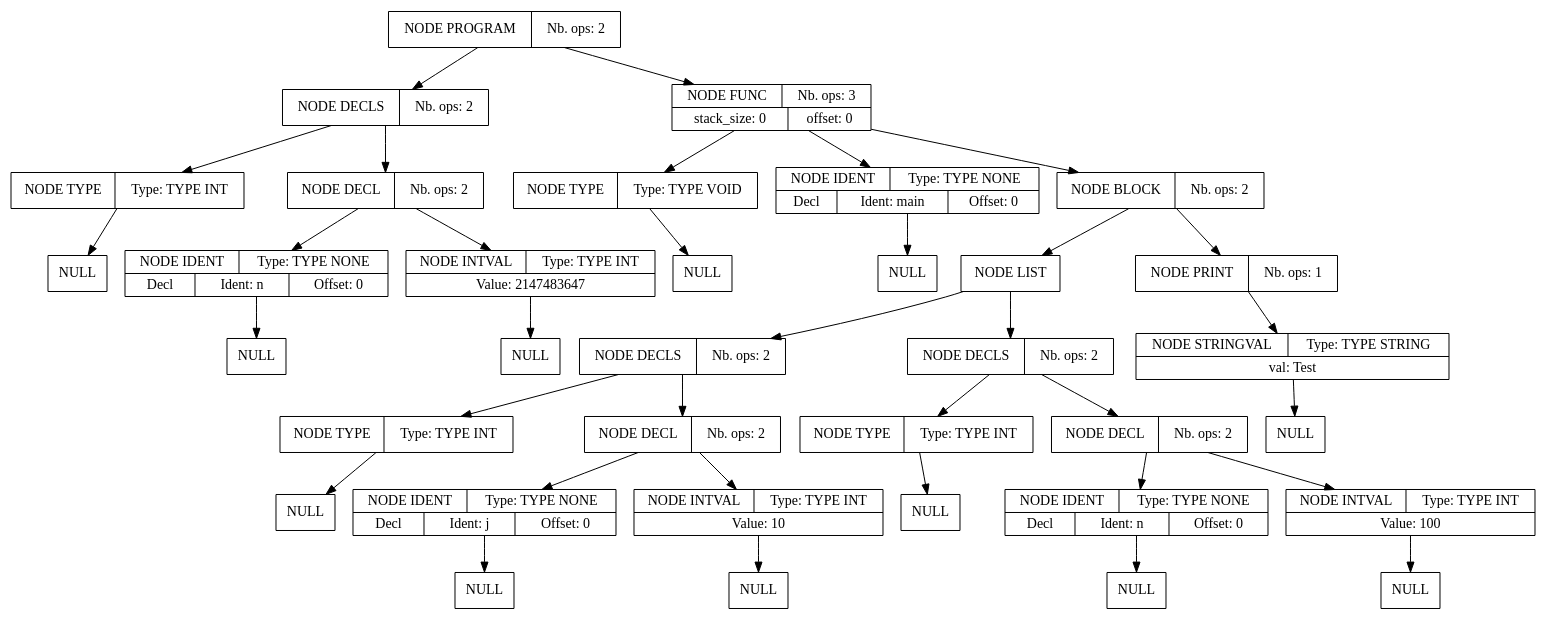
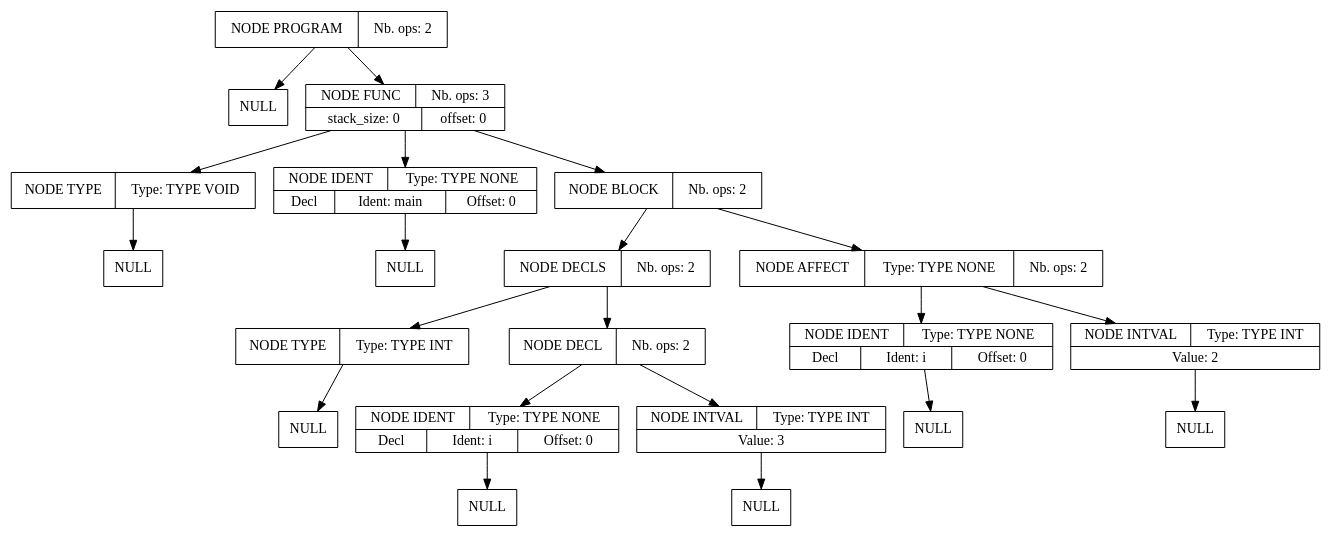
One commit to Serial-DeV/Compilation changed the diagram in projet_compilation_src/src/fichier_dump.dot. Above: the diagram before and after it, drawn with Graphviz. The commit also changed 9 other files, not shown here.

```diff
--- a/projet_compilation_src/src/fichier_dump.dot
+++ b/projet_compilation_src/src/fichier_dump.dot
@@ -1,105 +1,63 @@
 digraph global_vars {
     N1 [shape=record, label="{{NODE PROGRAM|Nb. ops: 2}}"];
-    N2 [shape=record, label="{{NODE DECLS|Nb. ops: 2}}"];
-    N3 [shape=record, label="{{NODE TYPE|Type: TYPE INT}}"];
-    N4 [shape=record, label="{{NULL}}"];
+    N2 [shape=record, label="{{NULL}}"];
+    edge[tailclip=true];
+    N1 -> N2
+    N3 [shape=record, label="{{NODE FUNC|Nb. ops: 3}|{stack_size: 0|offset: 0}}"];
+    N4 [shape=record, label="{{NODE TYPE|Type: TYPE VOID}}"];
+    N5 [shape=record, label="{{NULL}}"];
+    edge[tailclip=true];
+    N4 -> N5
     edge[tailclip=true];
     N3 -> N4
-    edge[tailclip=true];
-    N2 -> N3
-    N5 [shape=record, label="{{NODE DECL|Nb. ops: 2}}"];
-    N6 [shape=record, label="{{NODE IDENT|Type: TYPE NONE}|{<decl>Decl      |Ident: n|Offset: 0}}"];
+    N6 [shape=record, label="{{NODE IDENT|Type: TYPE NONE}|{<decl>Decl      |Ident: main|Offset: 0}}"];
     N7 [shape=record, label="{{NULL}}"];
     edge[tailclip=true];
     N6 -> N7
     edge[tailclip=true];
-    N5 -> N6
-    N8 [shape=record, label="{{NODE INTVAL|Type: TYPE INT}|{Value: 2147483647}}"];
-    N9 [shape=record, label="{{NULL}}"];
-    edge[tailclip=true];
-    N8 -> N9
-    edge[tailclip=true];
-    N5 -> N8
-    edge[tailclip=true];
-    N2 -> N5
-    edge[tailclip=true];
-    N1 -> N2
-    N10 [shape=record, label="{{NODE FUNC|Nb. ops: 3}|{stack_size: 0|offset: 0}}"];
-    N11 [shape=record, label="{{NODE TYPE|Type: TYPE VOID}}"];
-    N12 [shape=record, label="{{NULL}}"];
-    edge[tailclip=true];
-    N11 -> N12
+    N3 -> N6
+    N8 [shape=record, label="{{NODE BLOCK|Nb. ops: 2}}"];
+    N9 [shape=record, label="{{NODE DECLS|Nb. ops: 2}}"];
+    N10 [shape=record, label="{{NODE TYPE|Type: TYPE INT}}"];
+    N11 [shape=record, label="{{NULL}}"];
     edge[tailclip=true];
     N10 -> N11
-    N13 [shape=record, label="{{NODE IDENT|Type: TYPE NONE}|{<decl>Decl      |Ident: main|Offset: 0}}"];
+    edge[tailclip=true];
+    N9 -> N10
+    N12 [shape=record, label="{{NODE DECL|Nb. ops: 2}}"];
+    N13 [shape=record, label="{{NODE IDENT|Type: TYPE NONE}|{<decl>Decl      |Ident: i|Offset: 0}}"];
     N14 [shape=record, label="{{NULL}}"];
     edge[tailclip=true];
     N13 -> N14
     edge[tailclip=true];
-    N10 -> N13
-    N15 [shape=record, label="{{NODE BLOCK|Nb. ops: 2}}"];
-    N16 [shape=record, label="{{NODE LIST}}"];
-    N17 [shape=record, label="{{NODE DECLS|Nb. ops: 2}}"];
-    N18 [shape=record, label="{{NODE TYPE|Type: TYPE INT}}"];
+    N12 -> N13
+    N15 [shape=record, label="{{NODE INTVAL|Type: TYPE INT}|{Value: 3}}"];
+    N16 [shape=record, label="{{NULL}}"];
+    edge[tailclip=true];
+    N15 -> N16
+    edge[tailclip=true];
+    N12 -> N15
+    edge[tailclip=true];
+    N9 -> N12
+    edge[tailclip=true];
+    N8 -> N9
+    N17 [shape=record, label="{{NODE AFFECT|Type: TYPE NONE|Nb. ops: 2}}"];
+    N18 [shape=record, label="{{NODE IDENT|Type: TYPE NONE}|{<decl>Decl      |Ident: i|Offset: 0}}"];
     N19 [shape=record, label="{{NULL}}"];
     edge[tailclip=true];
     N18 -> N19
     edge[tailclip=true];
     N17 -> N18
-    N20 [shape=record, label="{{NODE DECL|Nb. ops: 2}}"];
-    N21 [shape=record, label="{{NODE IDENT|Type: TYPE NONE}|{<decl>Decl      |Ident: j|Offset: 0}}"];
-    N22 [shape=record, label="{{NULL}}"];
-    edge[tailclip=true];
-    N21 -> N22
+    N20 [shape=record, label="{{NODE INTVAL|Type: TYPE INT}|{Value: 2}}"];
+    N21 [shape=record, label="{{NULL}}"];
     edge[tailclip=true];
     N20 -> N21
-    N23 [shape=record, label="{{NODE INTVAL|Type: TYPE INT}|{Value: 10}}"];
-    N24 [shape=record, label="{{NULL}}"];
-    edge[tailclip=true];
-    N23 -> N24
-    edge[tailclip=true];
-    N20 -> N23
     edge[tailclip=true];
     N17 -> N20
     edge[tailclip=true];
-    N16 -> N17
-    N25 [shape=record, label="{{NODE DECLS|Nb. ops: 2}}"];
-    N26 [shape=record, label="{{NODE TYPE|Type: TYPE INT}}"];
-    N27 [shape=record, label="{{NULL}}"];
+    N8 -> N17
     edge[tailclip=true];
-    N26 -> N27
+    N3 -> N8
     edge[tailclip=true];
-    N25 -> N26
-    N28 [shape=record, label="{{NODE DECL|Nb. ops: 2}}"];
-    N29 [shape=record, label="{{NODE IDENT|Type: TYPE NONE}|{<decl>Decl      |Ident: n|Offset: 0}}"];
-    N30 [shape=record, label="{{NULL}}"];
-    edge[tailclip=true];
-    N29 -> N30
-    edge[tailclip=true];
-    N28 -> N29
-    N31 [shape=record, label="{{NODE INTVAL|Type: TYPE INT}|{Value: 100}}"];
-    N32 [shape=record, label="{{NULL}}"];
-    edge[tailclip=true];
-    N31 -> N32
-    edge[tailclip=true];
-    N28 -> N31
-    edge[tailclip=true];
-    N25 -> N28
-    edge[tailclip=true];
-    N16 -> N25
-    edge[tailclip=true];
-    N15 -> N16
-    N33 [shape=record, label="{{NODE PRINT|Nb. ops: 1}}"];
-    N34 [shape=record, label="{{NODE STRINGVAL|Type: TYPE STRING}|{val: Test\n}}"];
-    N35 [shape=record, label="{{NULL}}"];
-    edge[tailclip=true];
-    N34 -> N35
-    edge[tailclip=true];
-    N33 -> N34
-    edge[tailclip=true];
-    N15 -> N33
-    edge[tailclip=true];
-    N10 -> N15
-    edge[tailclip=true];
-    N1 -> N10
+    N1 -> N3
 }
```
